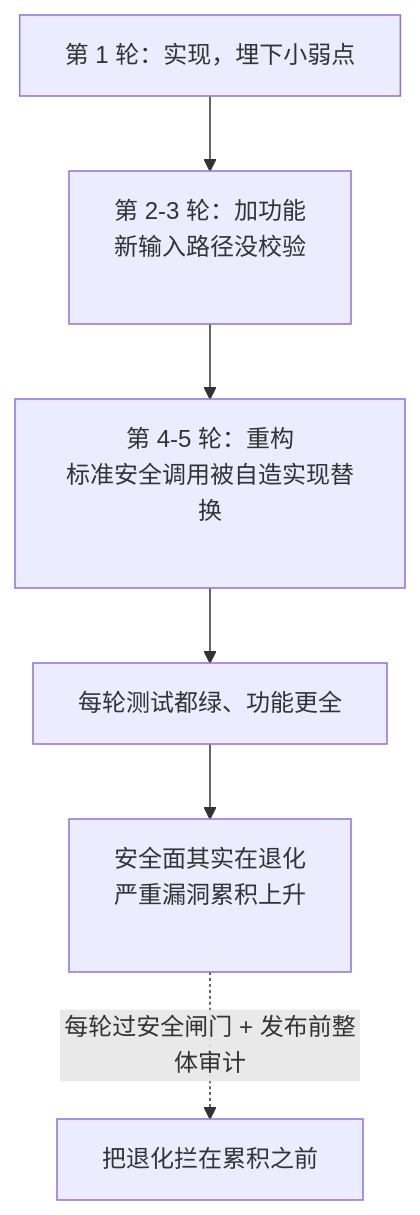
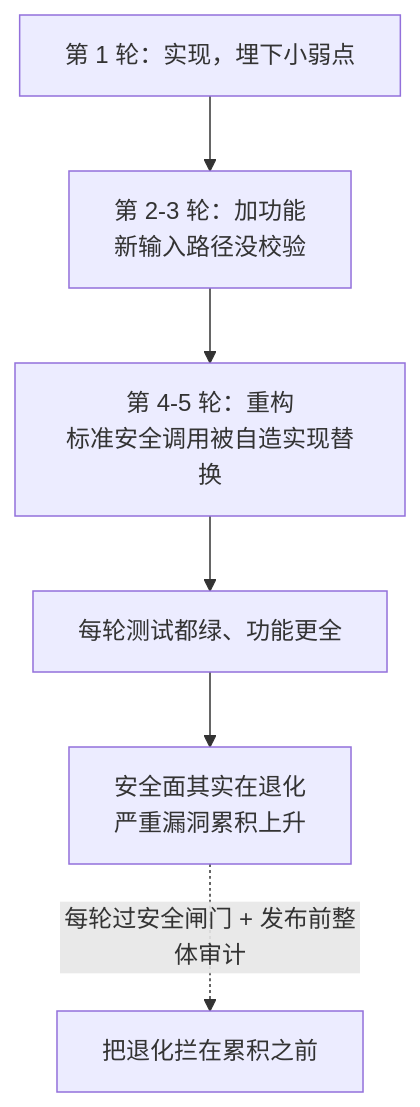
Before and after one commit to XuebinMa/AIWiki: the diagram in docs/07-acceptance-release/iterative-security-erosion.mdx, drawn with Mermaid. The commit also changed 99 other files, not shown here.

First line of the commit message:
fix(mermaid): 全局根治节点文字裁切（htmlLabels:false + 清理 br/nbsp 占位）(#26)

````diff
--- a/docs/07-acceptance-release/iterative-security-erosion.mdx
+++ b/docs/07-acceptance-release/iterative-security-erosion.mdx
@@ -44,8 +44,8 @@
 ```mermaid
 flowchart TD
-    A[第 1 轮：实现，埋下小弱点] --> B[第 2-3 轮：加功能<br/>新输入路径没校验<br/>&nbsp;]
-    B --> C[第 4-5 轮：重构<br/>标准安全调用被自造实现替换<br/>&nbsp;]
+    A[第 1 轮：实现，埋下小弱点] --> B[第 2-3 轮：加功能<br/>新输入路径没校验]
+    B --> C[第 4-5 轮：重构<br/>标准安全调用被自造实现替换]
     C --> D[每轮测试都绿、功能更全]
-    D --> E[安全面其实在退化<br/>严重漏洞累积上升<br/>&nbsp;]
+    D --> E[安全面其实在退化<br/>严重漏洞累积上升]
     E -.每轮过安全闸门 + 发布前整体审计.-> F[把退化拦在累积之前]
 ```
````
